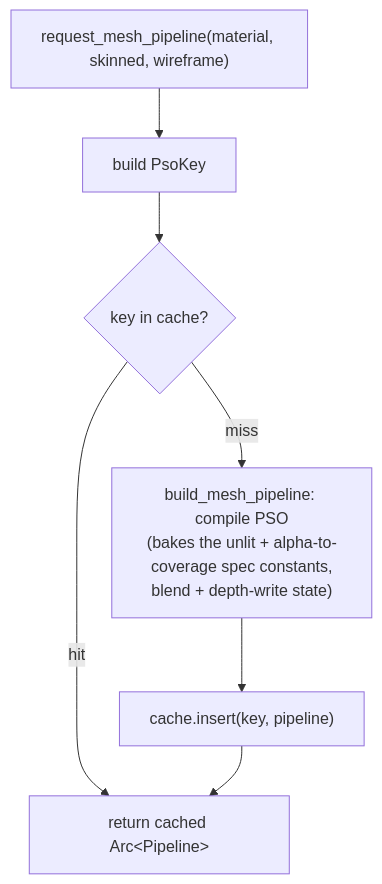
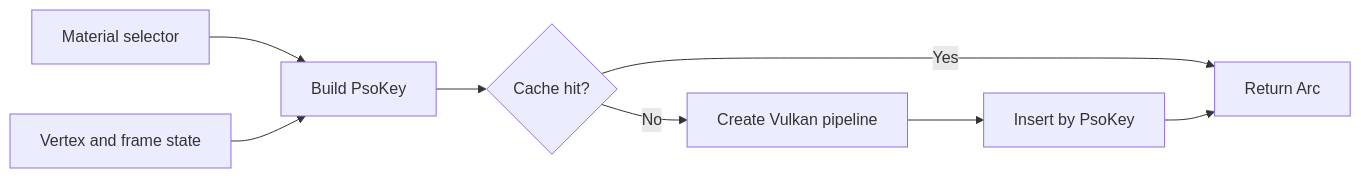
Before and after one commit to saffronjam/SaffronEngine: the diagram in docs/content/explanations/materials-and-pipelines/material-and-pso-selection.md, drawn with Mermaid. The commit also changed other lines of this file and 6 other files, not shown here.

````diff
--- a/docs/content/explanations/materials-and-pipelines/material-and-pso-selection.md
+++ b/docs/content/explanations/materials-and-pipelines/material-and-pso-selection.md
@@ -35,9 +33,10 @@
 ```mermaid
-flowchart TD
-    A["request_mesh_pipeline(material, skinned, wireframe)"] --> B["build PsoKey"]
-    B --> C{"key in cache?"}
-    C -- hit --> D["return cached Arc&lt;Pipeline&gt;"]
-    C -- miss --> E["build_mesh_pipeline: compile PSO<br/>(bakes the unlit + alpha-to-coverage spec constants,<br/>blend + depth-write state)"]
-    E --> F["cache.insert(key, pipeline)"]
-    F --> D
+flowchart LR
+    A["Material selector"] --> B["Build PsoKey"]
+    C["Vertex and frame state"] --> B
+    B --> D{"Cache hit?"}
+    D -- Yes --> E["Return Arc<Pipeline>"]
+    D -- No --> F["Create Vulkan pipeline"]
+    F --> G["Insert by PsoKey"]
+    G --> E
 ```
````
